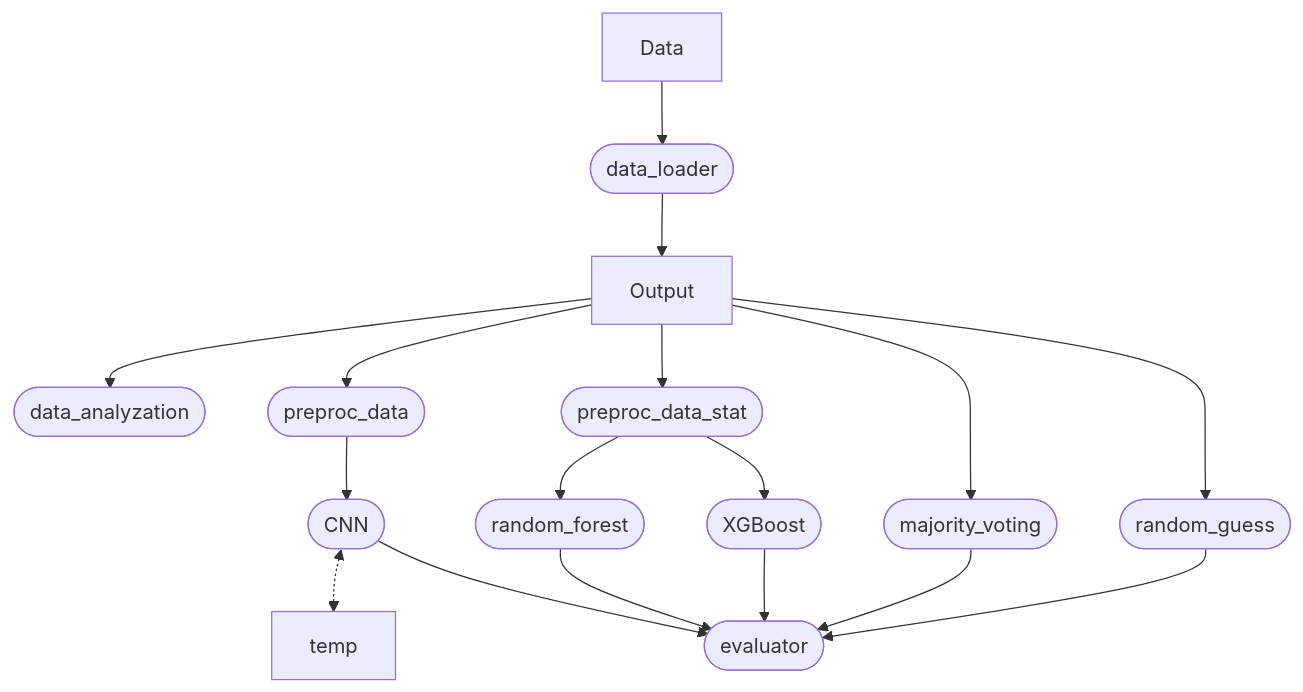
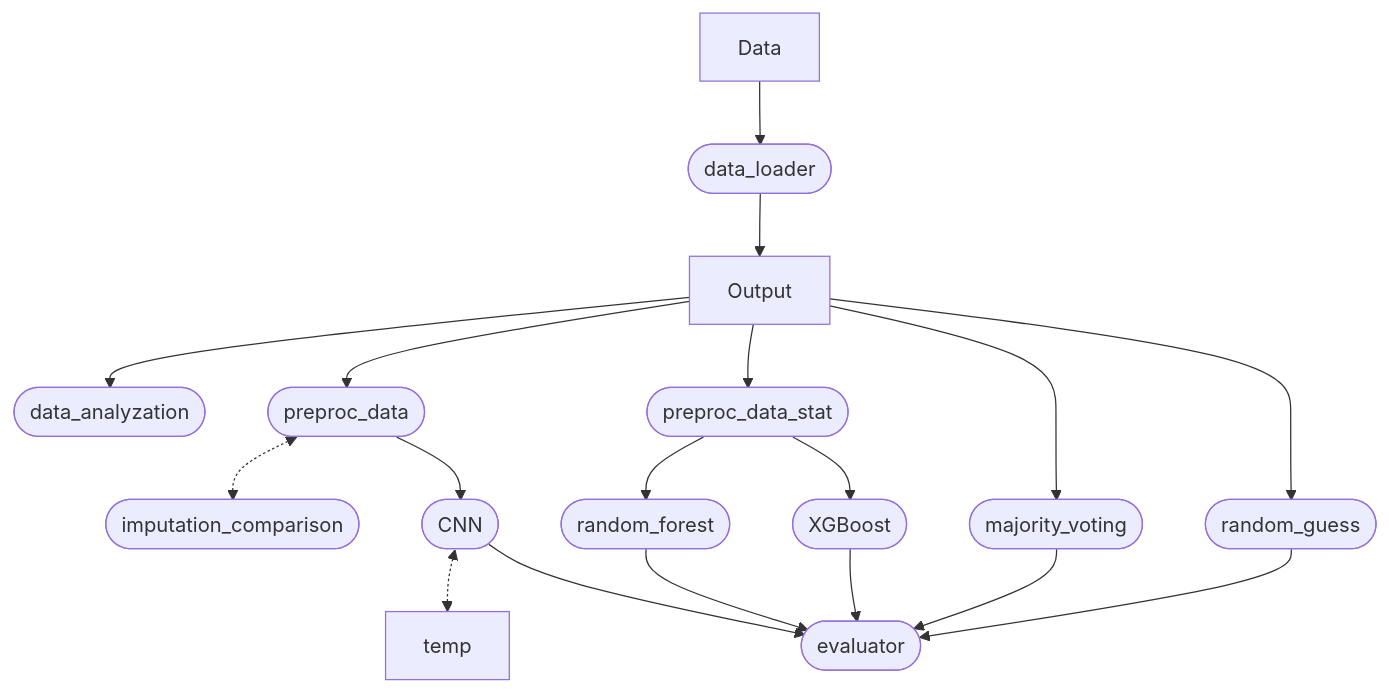
One commit to Yahnnosh/Sensor-Based-Modeling-of-Fatigue-Using-Transformer-Model changed the diagram in README.md. Above: the diagram before and after it, drawn with Mermaid. The commit also changed 3 other files, not shown here.

````diff
--- a/README.md
+++ b/README.md
@@ -4,22 +4,23 @@
 ```mermaid
 flowchart TD;
     Data --> id1([data_loader])
     id1([data_loader]) --> Output
     
     Output --> id3([data_analyzation])
     Output --> id2([preproc_data])
     Output --> id6([preproc_data_stat])
     Output ---> id4([majority_voting])
     Output ---> id9([random_guess])
     
     id6([preproc_data_stat]) --> id8([random_forest])
     id6([preproc_data_stat]) --> id10([XGBoost])
+    id2([preproc_data]) <.-> id12([imputation_comparison])
     id2([preproc_data]) --> id5([CNN])
     id5([CNN]) <.-> temp
     
     id4([majority_voting]) --> id11([evaluator])
     id5([CNN]) --> id11([evaluator])
     id8([random_forest]) --> id11([evaluator])
     id10([XGBoost]) --> id11([evaluator])
     id9([random_guess]) --> id11([evaluator])
 ```
````
